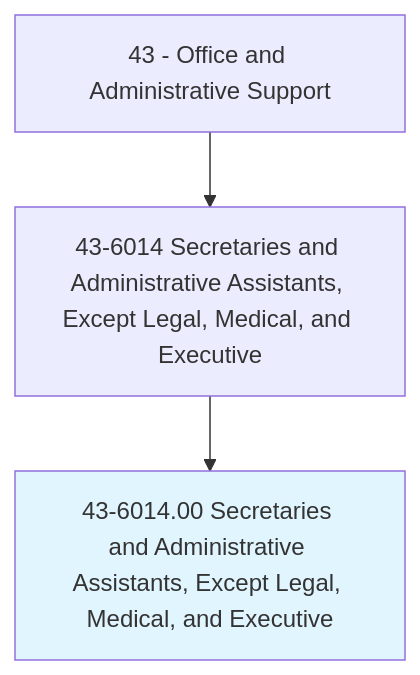
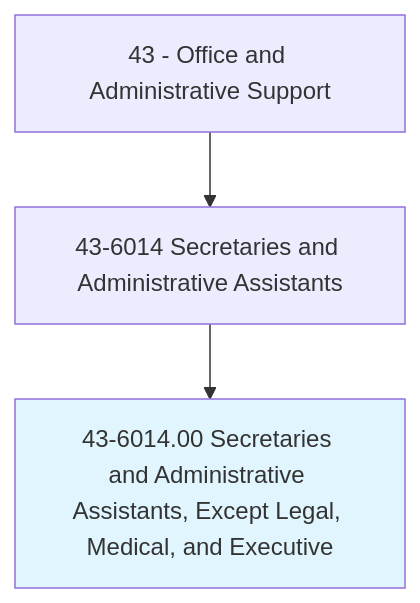
The first of 3 diagrams in occupations/Administrative/SecretariesAndAdministrativeAssistantsExceptLegalMedicalAndExecutive.mdx (kziemski/business.org.ai), drawn with Mermaid before and after one commit. The commit also changed other lines of this file and 938 other files, not shown here.

````diff
--- a/occupations/Administrative/SecretariesAndAdministrativeAssistantsExceptLegalMedicalAndExecutive.mdx
+++ b/occupations/Administrative/SecretariesAndAdministrativeAssistantsExceptLegalMedicalAndExecutive.mdx
@@ -19,6 +23,6 @@
 ```mermaid
 graph TD
-    Cat43["43 - Office and Administrative Support"] --> Group436014["43-6014 Secretaries and Administrative Assistants, Except Legal, Medical, and Executive"]
-    Group436014 --> Current["43-6014.00 Secretaries and Administrative Assistants, Except Legal, Medical, and Executive"]
+    Cat43["43 - Office and Administrative Support"] --> Group["43-6014 Secretaries and Administrative Assistants"]
+    Group --> Current["43-6014.00 Secretaries and Administrative Assistants, Except Legal, Medical, and Executive"]
     style Current fill:#e1f5fe
 ```
````
